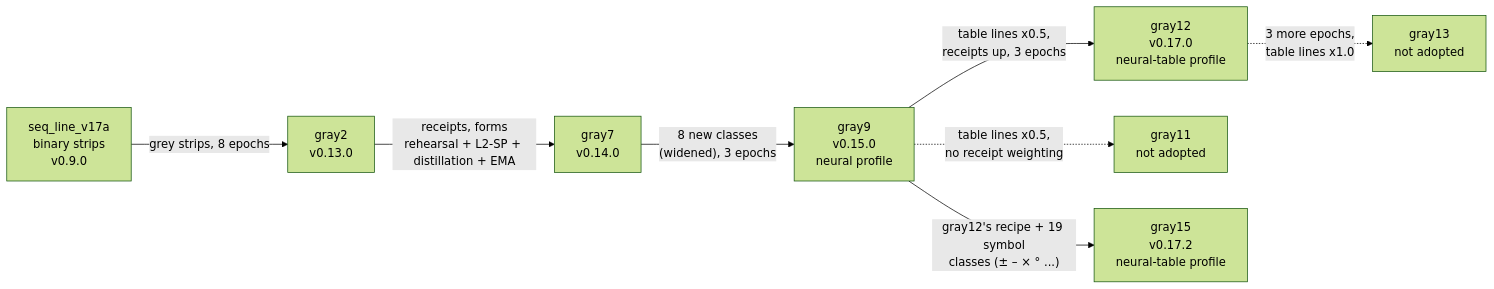
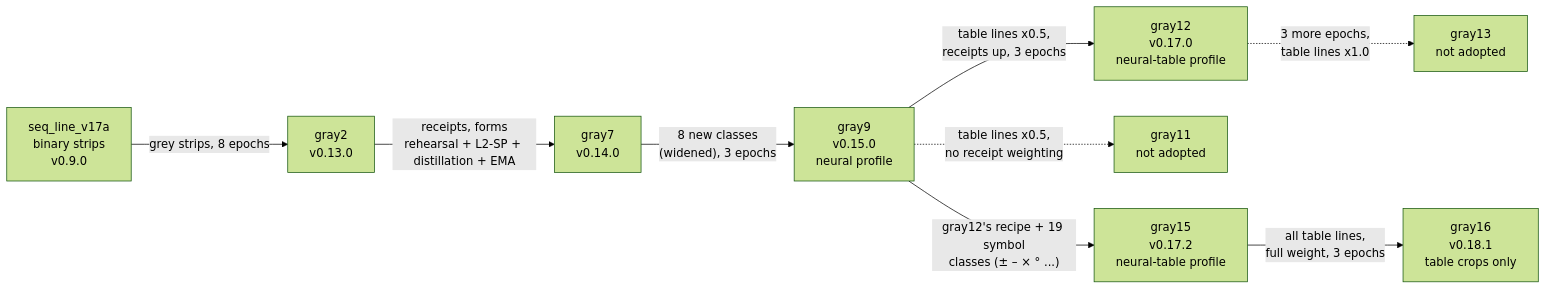
One commit to msharpe248/mlws-ocr changed the diagram in docs/NEURAL_NETWORK_THEORY.md. Above: the diagram before and after it, drawn with Mermaid (forest theme). The commit also changed other lines of this file and 13 other files, not shown here.

````diff
--- a/docs/NEURAL_NETWORK_THEORY.md
+++ b/docs/NEURAL_NETWORK_THEORY.md
@@ -494,10 +494,11 @@
 ```mermaid
 flowchart LR
     v17a["seq_line_v17a<br/>binary strips<br/>v0.9.0"] -->|grey strips, 8 epochs| g2["gray2<br/>v0.13.0"]
     g2 -->|"receipts, forms<br/>rehearsal + L2-SP + distillation + EMA"| g7["gray7<br/>v0.14.0"]
     g7 -->|"8 new classes<br/>(widened), 3 epochs"| g9["gray9<br/>v0.15.0<br/>neural profile"]
     g9 -->|"table lines x0.5,<br/>receipts up, 3 epochs"| g12["gray12<br/>v0.17.0<br/>neural-table profile"]
     g9 -.->|"table lines x0.5,<br/>no receipt weighting"| g11["gray11<br/>not adopted"]
     g12 -.->|"3 more epochs,<br/>table lines x1.0"| g13["gray13<br/>not adopted"]
     g9 -->|"gray12's recipe + 19 symbol<br/>classes (± – × ° ...)"| g15["gray15<br/>v0.17.2<br/>neural-table profile"]
+    g15 -->|"all table lines,<br/>full weight, 3 epochs"| g16["gray16<br/>v0.18.1<br/>table crops only"]
 ```
````
